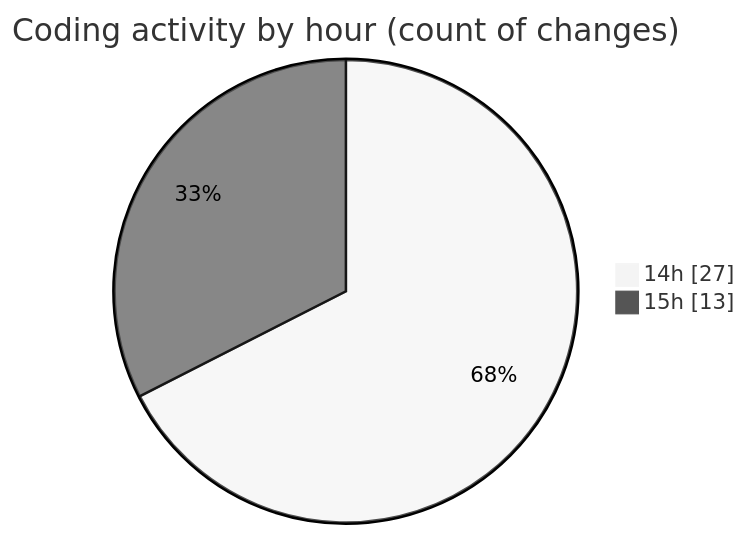
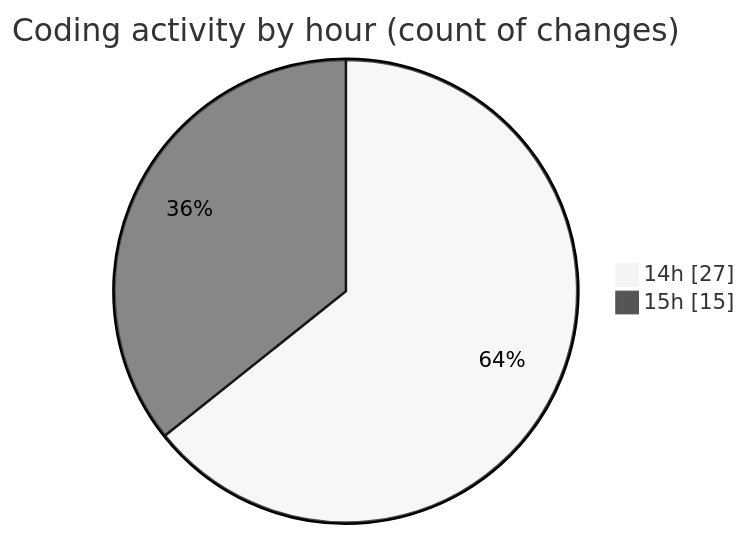
The second of 2 diagrams in 2025-03-22/back-end/README.md (Netris89/code-tracking), drawn with Mermaid (neutral theme) before and after one commit. The commit also changed other lines of this file and 1 other file, not shown here.

````diff
--- a/2025-03-22/back-end/README.md
+++ b/2025-03-22/back-end/README.md
@@ -31,6 +32,6 @@
 ```mermaid
 pie showData
 title Coding activity by hour (count of changes)
 "14h" : 27
-"15h" : 13
+"15h" : 15
 ```
````
